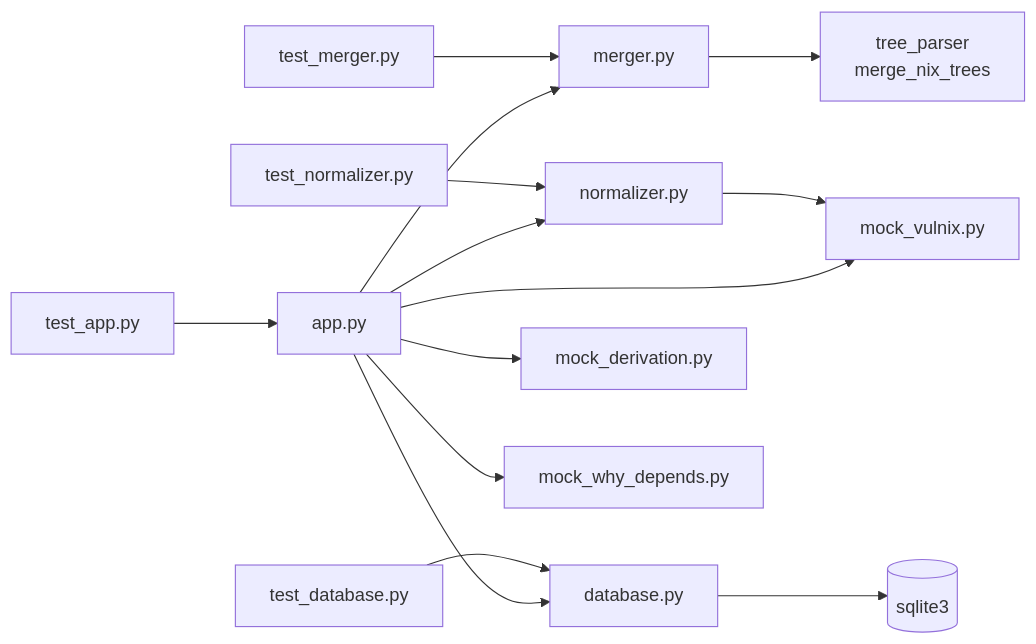
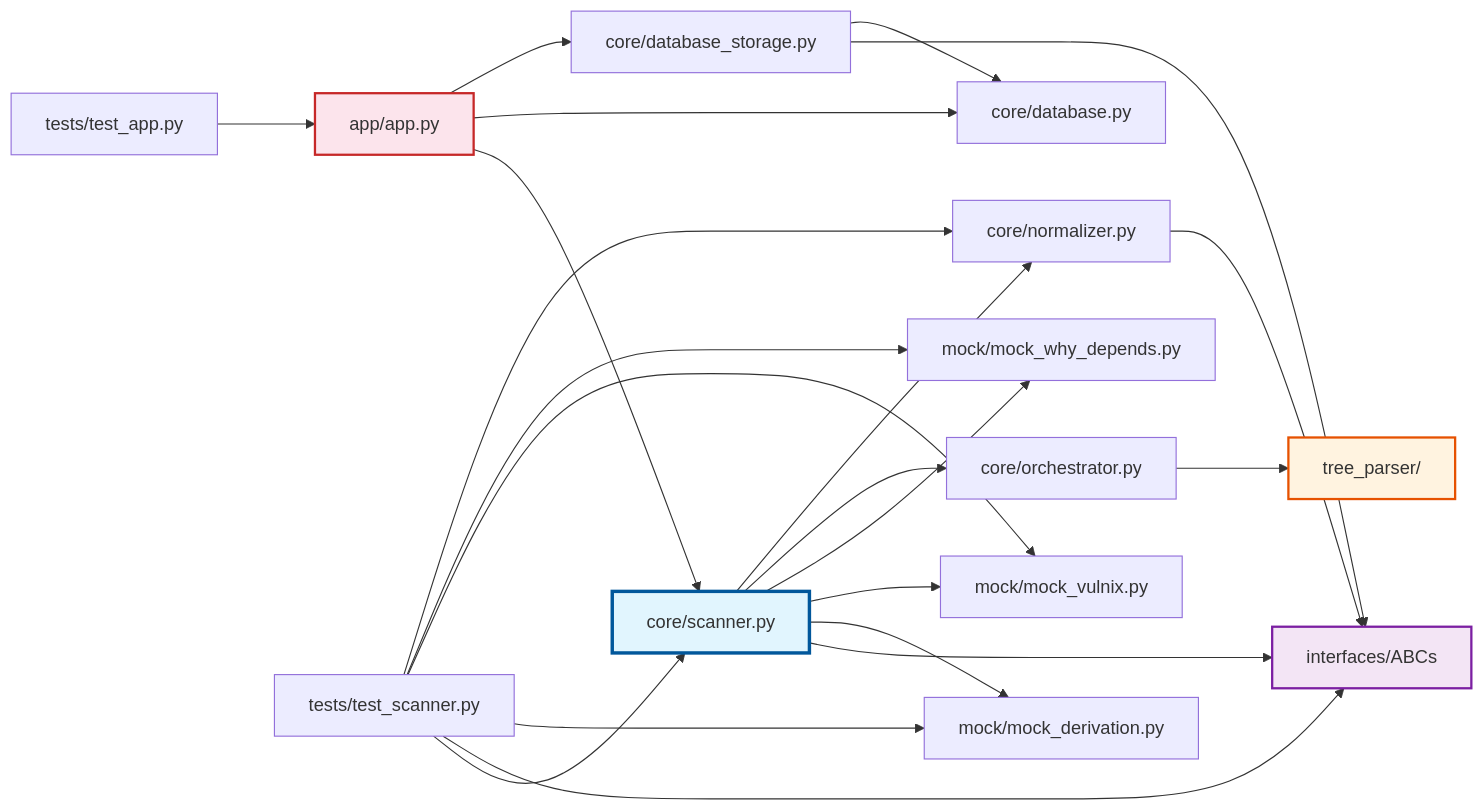
Before and after one commit to orsolli/smarthome: the third of 3 diagrams in vulnerabilities/CODE_FLOW.md, drawn with Mermaid. The commit also changed other lines of this file, not shown here.

First line of the commit message:
High-level architecture

````diff
--- a/vulnerabilities/CODE_FLOW.md
+++ b/vulnerabilities/CODE_FLOW.md
@@ -140,20 +159,33 @@
 ```mermaid
 graph LR
-    app[app.py] --> merger[merger.py]
-    app --> normalizer[normalizer.py]
-    app --> database[database.py]
-    app --> mock_deriv[mock_derivation.py]
-    app --> mock_vuln[mock_vulnix.py]
-    app --> mock_why[mock_why_depends.py]
+    app[app/app.py] --> scanner[core/scanner.py]
+    app --> db_query[core/database.py]
+    app --> db_storage[core/database_storage.py]
 
-    merger --> tree_parser[tree_parser<br/>merge_nix_trees]
+    scanner --> interfaces[interfaces/ABCs]
+    scanner --> mock_deriv[mock/mock_derivation.py]
+    scanner --> mock_vuln[mock/mock_vulnix.py]
+    scanner --> mock_why[mock/mock_why_depends.py]
+    scanner --> orchestrator[core/orchestrator.py]
+    scanner --> normalizer[core/normalizer.py]
 
-    normalizer --> mock_vuln
+    orchestrator --> tree_parser[tree_parser/]
 
-    database --> DB[(sqlite3)]
+    normalizer --> interfaces
 
-    test_app[test_app.py] --> app
-    test_merger[test_merger.py] --> merger
-    test_normalizer[test_normalizer.py] --> normalizer
-    test_database[test_database.py] --> database
+    db_storage --> interfaces
+    db_storage --> db_query
+
+    test_app[tests/test_app.py] --> app
+    test_scanner[tests/test_scanner.py] --> scanner
+    test_scanner --> interfaces
+    test_scanner --> mock_deriv
+    test_scanner --> mock_vuln
+    test_scanner --> mock_why
+    test_scanner --> normalizer
+
+    style app fill:#fce4ec,stroke:#c62828,stroke-width:2px
+    style scanner fill:#e1f5fe,stroke:#01579b,stroke-width:3px
+    style interfaces fill:#f3e5f5,stroke:#7b1fa2,stroke-width:2px
+    style tree_parser fill:#fff3e0,stroke:#e65100,stroke-width:2px
 ```
````
